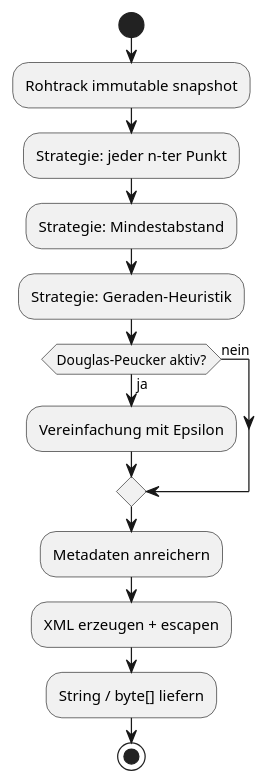
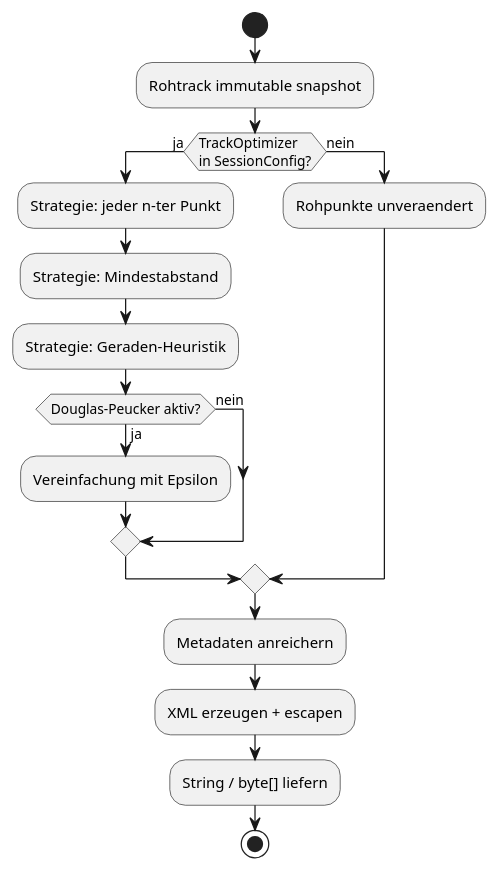
The diagram in Vorschrieb/plantuml/activity-gpx-export.puml (BenschD/SWE-Kompass), drawn with PlantUML before and after one commit. The commit also changed 46 other files, not shown here.

```diff
--- a/Vorschrieb/plantuml/activity-gpx-export.puml
+++ b/Vorschrieb/plantuml/activity-gpx-export.puml
@@ -1,17 +1,21 @@
 @startuml SWE_Kompass_Activity_GpxExport
 skinparam monochrome true
 skinparam shadowing false
 start
 :Rohtrack immutable snapshot;
-:Strategie: jeder n-ter Punkt;
-:Strategie: Mindestabstand;
-:Strategie: Geraden-Heuristik;
-if (Douglas-Peucker aktiv?) then (ja)
-  :Vereinfachung mit Epsilon;
+if (TrackOptimizer\nin SessionConfig?) then (ja)
+  :Strategie: jeder n-ter Punkt;
+  :Strategie: Mindestabstand;
+  :Strategie: Geraden-Heuristik;
+  if (Douglas-Peucker aktiv?) then (ja)
+    :Vereinfachung mit Epsilon;
+  else (nein)
+  endif
 else (nein)
+  :Rohpunkte unveraendert;
 endif
 :Metadaten anreichern;
 :XML erzeugen + escapen;
 :String / byte[] liefern;
 stop
 @enduml
```
